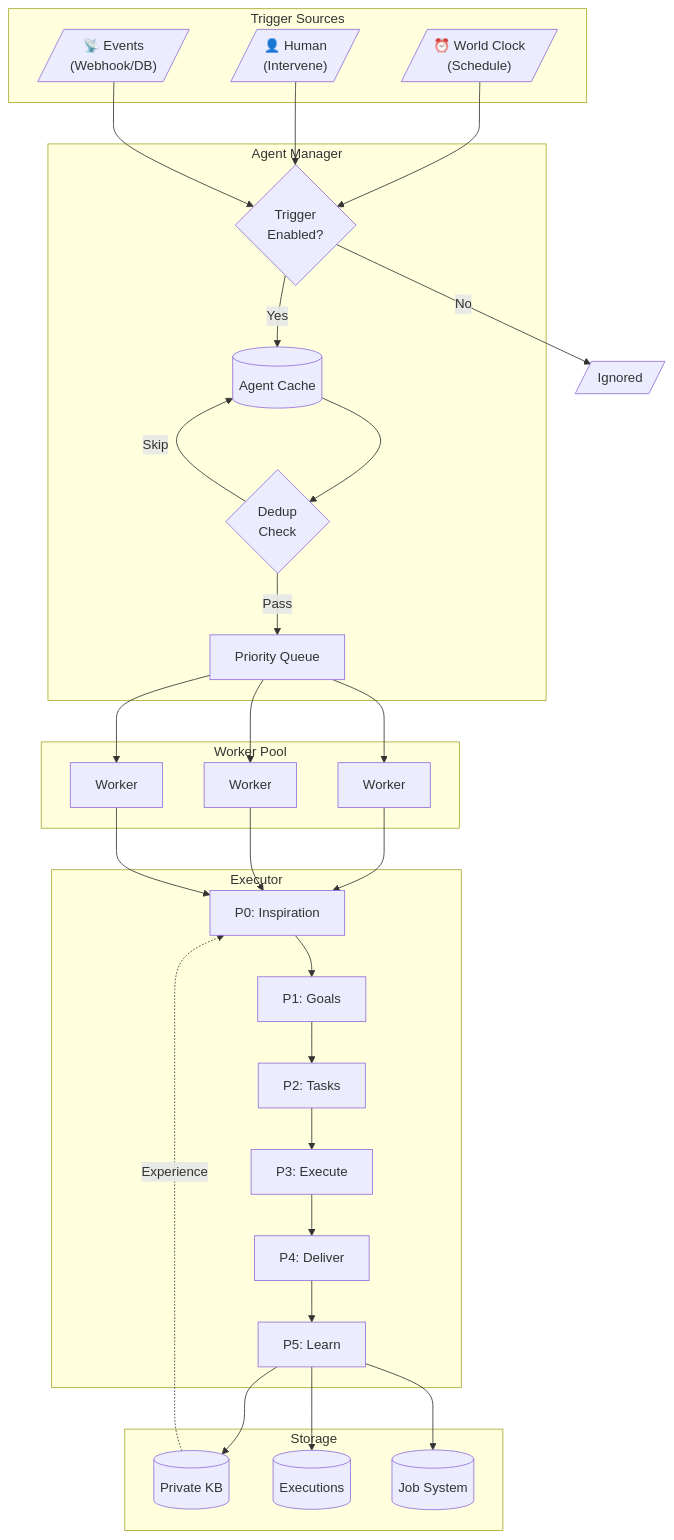
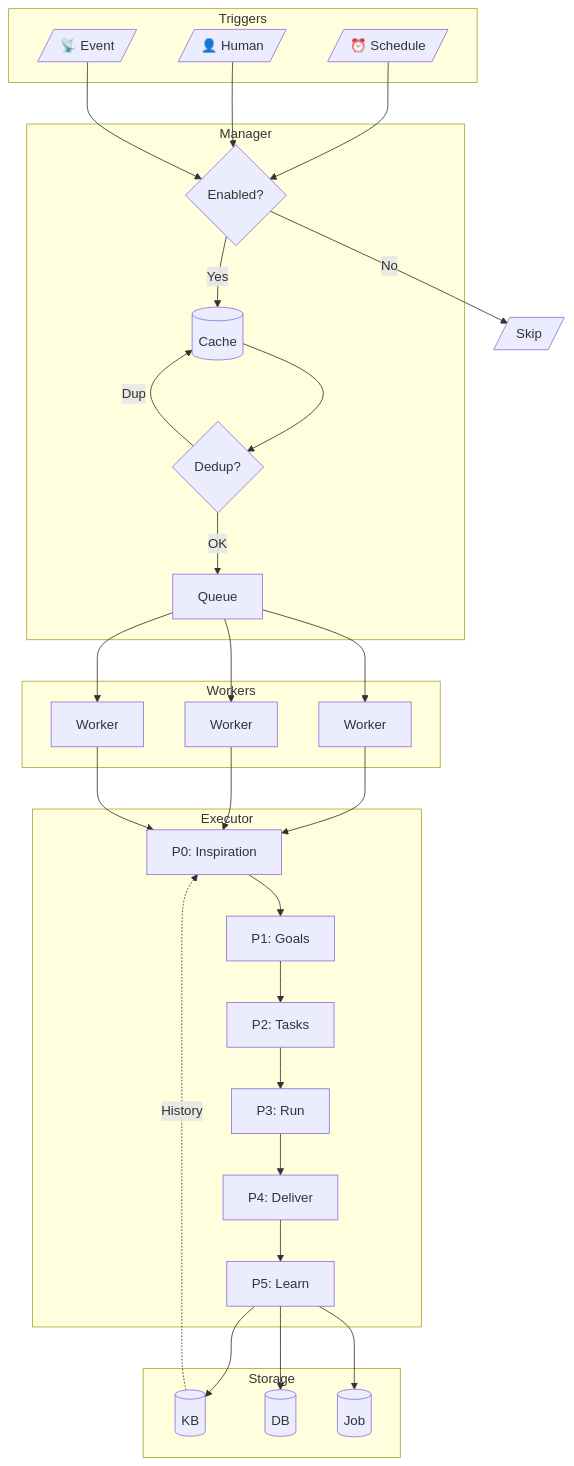
One commit to YaoApp/yao changed the first of 2 diagrams in agent/autonomous/DESIGN.md. Above: the diagram before and after it, drawn with Mermaid. The commit also changed other lines of this file, not shown here.

First line of the commit message:
Refactor Autonomous Agent Design Document for Improved Clarity and Structure

````diff
--- a/agent/autonomous/DESIGN.md
+++ b/agent/autonomous/DESIGN.md
@@ -21,48 +21,48 @@
 ```mermaid
 flowchart TB
-    subgraph Triggers["Trigger Sources"]
-        WC[/"⏰ World Clock<br/>(Schedule)"/]
-        HI[/"👤 Human<br/>(Intervene)"/]
-        EV[/"📡 Events<br/>(Webhook/DB)"/]
+    subgraph Triggers["Triggers"]
+        WC[/"⏰ Schedule"/]
+        HI[/"👤 Human"/]
+        EV[/"📡 Event"/]
     end
 
-    subgraph Manager["Agent Manager"]
-        TC{"Trigger<br/>Enabled?"}
-        Cache[("Agent Cache")]
-        Dedup{"Dedup<br/>Check"}
-        Queue["Priority Queue"]
+    subgraph Manager["Manager"]
+        TC{"Enabled?"}
+        Cache[("Cache")]
+        Dedup{"Dedup?"}
+        Queue["Queue"]
     end
 
-    subgraph Pool["Worker Pool"]
+    subgraph Pool["Workers"]
         W1["Worker"]
         W2["Worker"]
         W3["Worker"]
     end
 
     subgraph Executor["Executor"]
         P0["P0: Inspiration"]
         P1["P1: Goals"]
         P2["P2: Tasks"]
-        P3["P3: Execute"]
+        P3["P3: Run"]
         P4["P4: Deliver"]
         P5["P5: Learn"]
     end
 
     subgraph Storage["Storage"]
-        KB[("Private KB")]
-        DB[("Executions")]
-        Job[("Job System")]
+        KB[("KB")]
+        DB[("DB")]
+        Job[("Job")]
     end
 
     WC & HI & EV --> TC
     TC -->|Yes| Cache
-    TC -->|No| X[/Ignored/]
+    TC -->|No| X[/Skip/]
     Cache --> Dedup
-    Dedup -->|Pass| Queue
-    Dedup -->|Skip| Cache
+    Dedup -->|OK| Queue
+    Dedup -->|Dup| Cache
     Queue --> W1 & W2 & W3
     W1 & W2 & W3 --> P0
     P0 --> P1 --> P2 --> P3 --> P4 --> P5
     P5 --> KB & DB & Job
-    KB -.->|Experience| P0
+    KB -.->|History| P0
 ```
````
